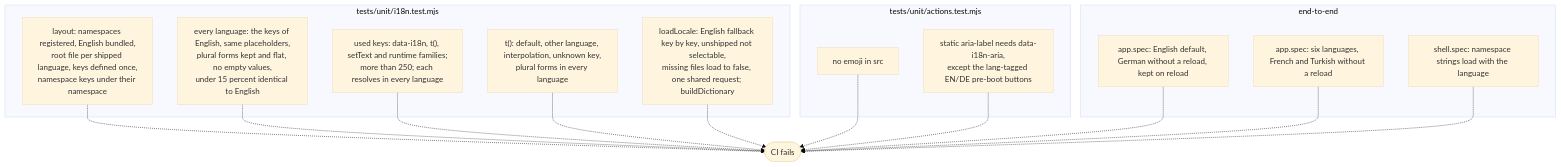
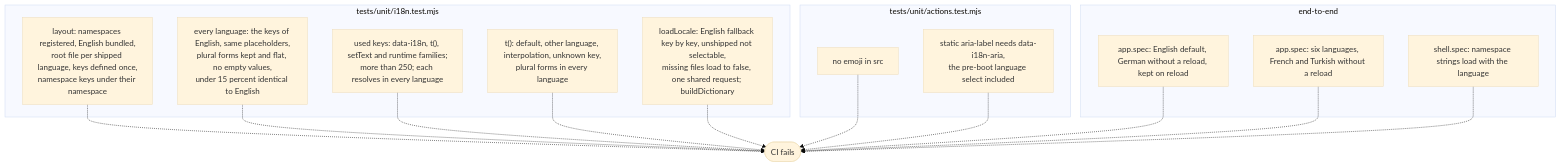
Before and after one commit to umutcantezgel-cpu/Starpi: the third of 5 diagrams in CONTRIBUTING.md, drawn with Mermaid (base theme). The commit also changed 2 other files, not shown here.

Commit message:
docs: the pre-boot language markup is the six-language select
The atlas (boot, locale switch, i18n test guards and their diagram) and
the diagram copy in CONTRIBUTING.md still described two static EN/DE
buttons. index.html holds the six-language select before boot and
renderLanguageSwitch renders it again with the stored language. The
aria-label guard drops its exception for those buttons, which no longer
exist.

Claude-Session: https://claude.ai/code/session_01XGH5MEoAFr6EfwsbiNVqPf

````diff
--- a/CONTRIBUTING.md
+++ b/CONTRIBUTING.md
@@ -173,30 +173,30 @@
 ```mermaid
 flowchart TD
     subgraph unit["tests/unit/i18n.test.mjs"]
         layout["layout: namespaces registered, English bundled,<br/>root file per shipped language, keys defined once,<br/>namespace keys under their namespace"]
         parity["every language: the keys of English, same placeholders,<br/>plural forms kept and flat, no empty values,<br/>under 15 percent identical to English"]
         used["used keys: data-i18n, t(), setText and runtime families;<br/>more than 250; each resolves in every language"]
         tbeh["t(): default, other language, interpolation, unknown key,<br/>plural forms in every language"]
         load["loadLocale: English fallback key by key, unshipped not selectable,<br/>missing files load to false, one shared request; buildDictionary"]
     end
     subgraph act["tests/unit/actions.test.mjs"]
         emoji["no emoji in src"]
-        aria["static aria-label needs data-i18n-aria,<br/>except the lang-tagged EN/DE pre-boot buttons"]
+        aria["static aria-label needs data-i18n-aria,<br/>the pre-boot language select included"]
     end
     subgraph e2e["end-to-end"]
         e1["app.spec: English default, German without a reload, kept on reload"]
         e2["app.spec: six languages, French and Turkish without a reload"]
         e3["shell.spec: namespace strings load with the language"]
     end
     fail(["CI fails"])
     layout -.-> fail
     parity -.-> fail
     used -.-> fail
     tbeh -.-> fail
     load -.-> fail
     emoji -.-> fail
     aria -.-> fail
     e1 -.-> fail
     e2 -.-> fail
     e3 -.-> fail
 ```
````
